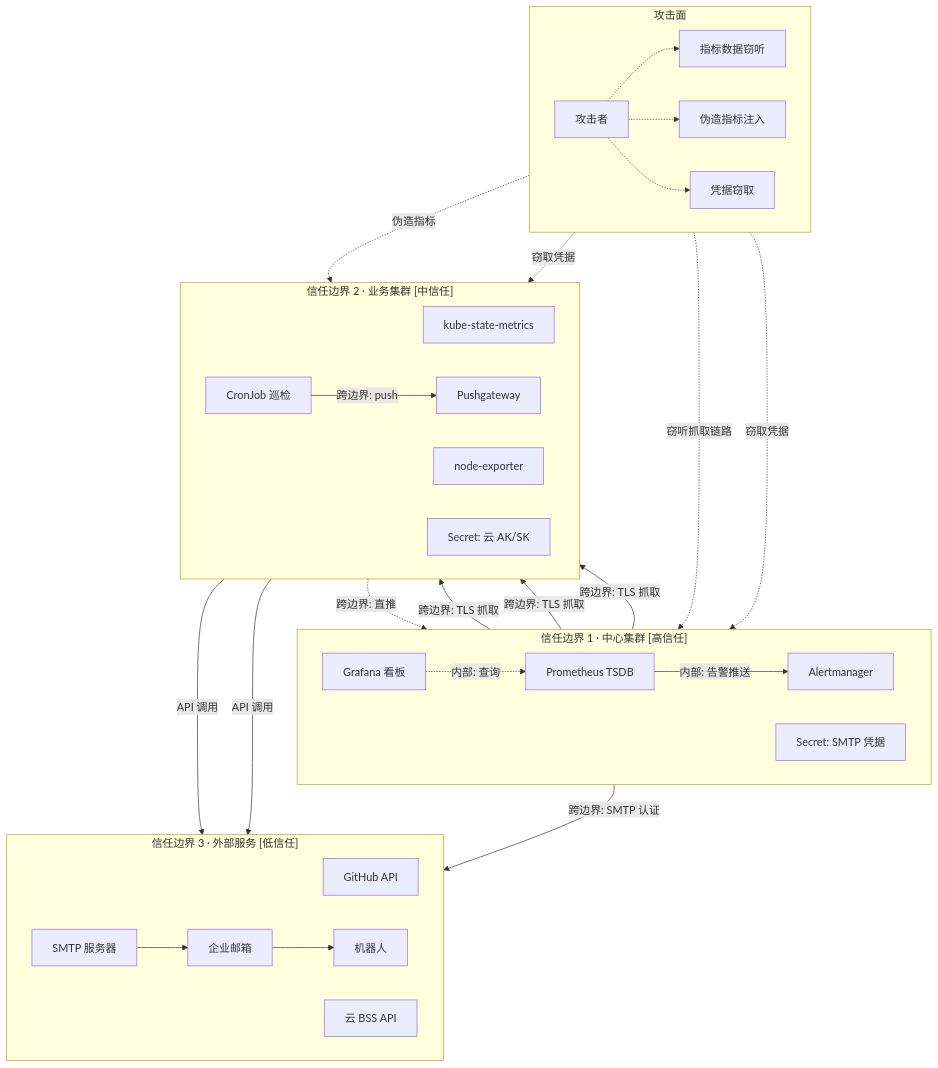
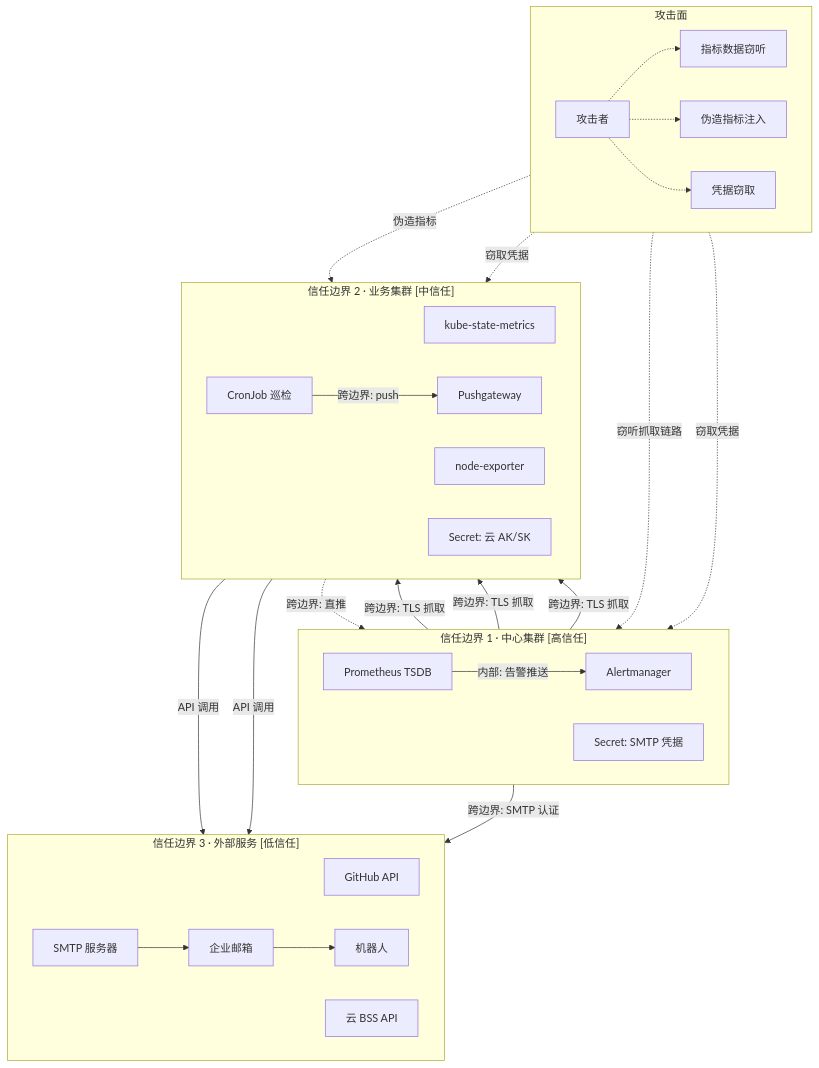
One commit to KadenZhang3321/CI_stable changed the third of 3 diagrams in Architecture Design/#1 Architecture Design Specification.md. Above: the diagram before and after it, drawn with Mermaid. The commit also changed other lines of this file, not shown here.

Commit message:
Replace Grafana with external DataStat dashboard, add Prometheus API interface spec

````diff
--- a/Architecture Design/#1 Architecture Design Specification.md
+++ b/Architecture Design/#1 Architecture Design Specification.md
@@ -237,57 +248,55 @@
 ```mermaid
 graph TB
     subgraph "攻击面"
         direction LR
         Attacker["攻击者"]
         Leak["指标数据窃听"]
         Spoof["伪造指标注入"]
         CredTheft["凭据窃取"]
     end
 
     subgraph "信任边界 1 · 中心集群 [高信任]"
         direction LR
         PromT["Prometheus TSDB"]
         AMT["Alertmanager"]
-        GFT["Grafana 看板"]
         SecT["Secret: SMTP 凭据"]
     end
 
     subgraph "信任边界 2 · 业务集群 [中信任]"
         direction LR
         KSMT["kube-state-metrics"]
         NET["node-exporter"]
         PGT["Pushgateway"]
         CJT["CronJob 巡检"]
         SecC["Secret: 云 AK/SK"]
     end
 
     subgraph "信任边界 3 · 外部服务 [低信任]"
         direction LR
         GitHubT["GitHub API"]
         CloudT["云 BSS API"]
         SMTPT["SMTP 服务器"]
         MailT["企业邮箱"]
         BotT["机器人"]
     end
 
     PromT -->|跨边界: TLS 抓取| KSMT
     PromT -->|跨边界: TLS 抓取| NET
     PromT -->|跨边界: TLS 抓取| PGT
     CJT -->|跨边界: push| PGT
     CJT -.->|跨边界: 直推| PromT
     CJT -->|API 调用| GitHubT
     CJT -->|API 调用| CloudT
     AMT -->|跨边界: SMTP 认证| SMTPT
     SMTPT --> MailT
     MailT --> BotT
     PromT -->|内部: 告警推送| AMT
-    GFT -.->|内部: 查询| PromT
 
     Attacker -.-> Leak
     Attacker -.-> Spoof
     Attacker -.-> CredTheft
     Leak -.->|窃听抓取链路| PromT
     Spoof -.->|伪造指标| PGT
     CredTheft -.->|窃取凭据| SecT
     CredTheft -.->|窃取凭据| SecC
 ```
````
